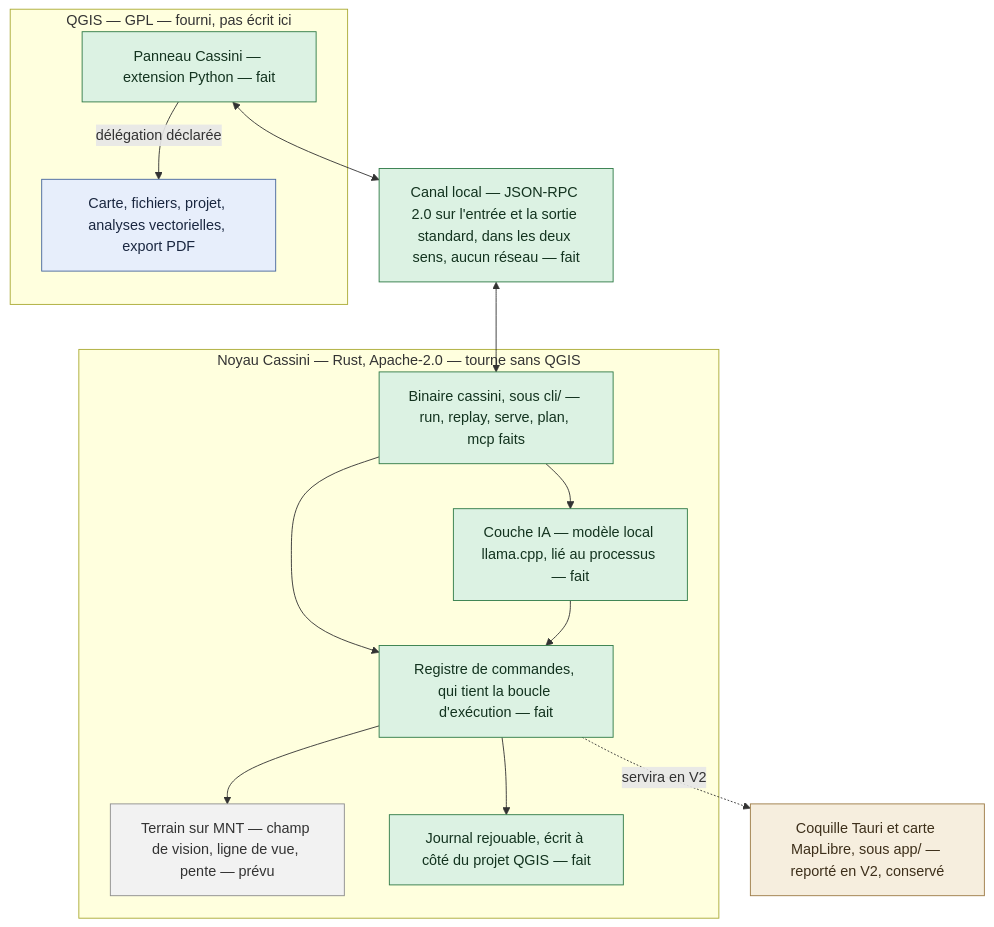
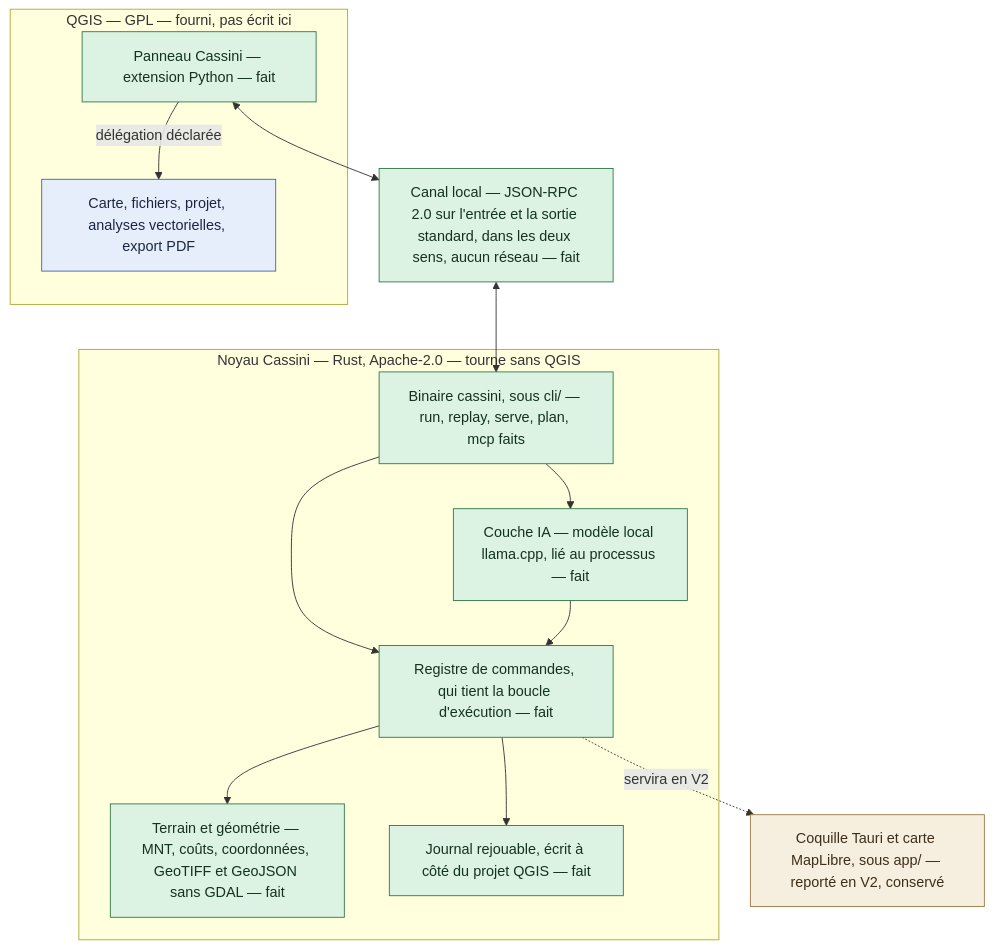
The first of 3 diagrams in README.md (Kevzi/cassini-gis), drawn with Mermaid before and after one commit. The commit also changed other lines of this file and 1 other file, not shown here.

Commit message:
docs(readme): état après 11.10 — catalogue figé, terrain et géométrie du noyau, étape 6 bis

````diff
--- a/README.md
+++ b/README.md
@@ -173,38 +230,36 @@
 ```mermaid
 flowchart TB
     subgraph qgis["QGIS — GPL — fourni, pas écrit ici"]
         panneau["Panneau Cassini — extension Python — fait"]
         moteurQgis["Carte, fichiers, projet, analyses vectorielles, export PDF"]
     end
 
     canal["Canal local — JSON-RPC 2.0 sur l'entrée et la sortie standard, dans les deux sens, aucun réseau — fait"]
 
     subgraph noyau["Noyau Cassini — Rust, Apache-2.0 — tourne sans QGIS"]
         binaire["Binaire cassini, sous cli/ — run, replay, serve, plan, mcp faits"]
         registre["Registre de commandes, qui tient la boucle d'exécution — fait"]
         binaire --> registre
-        terrain["Terrain sur MNT — champ de vision, ligne de vue, pente — prévu"]
+        terrain["Terrain et géométrie — MNT, coûts, coordonnées, GeoTIFF et GeoJSON sans GDAL — fait"]
         journal["Journal rejouable, écrit à côté du projet QGIS — fait"]
         ia["Couche IA — modèle local llama.cpp, lié au processus — fait"]
         registre --> terrain
         registre --> journal
         binaire --> ia
         ia --> registre
     end
 
     v2["Coquille Tauri et carte MapLibre, sous app/ — reporté en V2, conservé"]
 
     panneau <--> canal
     canal <--> binaire
     panneau -->|"délégation déclarée"| moteurQgis
     registre -.->|"servira en V2"| v2
 
     classDef fait fill:#dcf2e3,stroke:#2f7a46,color:#13331f
-    classDef prevu fill:#f2f2f2,stroke:#8d8d8d,color:#333333
     classDef fourni fill:#e7eefb,stroke:#45659c,color:#1a2740
     classDef reporte fill:#f6eede,stroke:#9c7a45,color:#3d2f1a
-    class panneau,canal,binaire,registre,journal,ia fait
-    class terrain prevu
+    class panneau,canal,binaire,registre,journal,ia,terrain fait
     class moteurQgis fourni
     class v2 reporte
 ```
````
